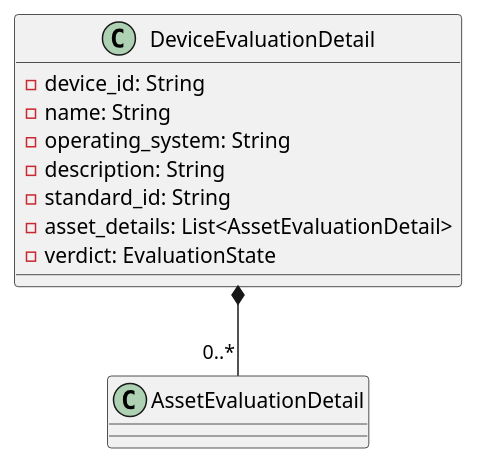
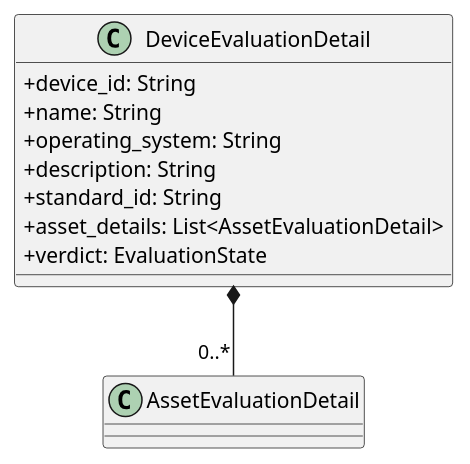
The diagram in src/PB/DocumentazioneEsterna/Specifica_Tecnica/content/uml/puml/Diagrammi_classi/Backend/Domain/DeviceEvaluationDetail.puml (GroupRubberDuck/Documentazione), drawn with PlantUML before and after one commit. The commit also changed 92 other files, not shown here.

Commit message:
revisionati asset e device evaluation detail

```diff
--- a/src/PB/DocumentazioneEsterna/Specifica_Tecnica/content/uml/puml/Diagrammi_classi/Backend/Domain/DeviceEvaluationDetail.puml
+++ b/src/PB/DocumentazioneEsterna/Specifica_Tecnica/content/uml/puml/Diagrammi_classi/Backend/Domain/DeviceEvaluationDetail.puml
@@ -1,15 +1,16 @@
 @startuml DeviceEvaluationDetail
+skinparam ClassAttributeIconSize 0
 
 class DeviceEvaluationDetail {
-    - device_id: String
-    - name: String
-    - operating_system: String
-    - description: String
-    - standard_id: String
-    - asset_details: List<AssetEvaluationDetail>
-    - verdict: EvaluationState
+    + device_id: String
+    + name: String
+    + operating_system: String
+    + description: String
+    + standard_id: String
+    + asset_details: List<AssetEvaluationDetail>
+    + verdict: EvaluationState
 }
 
 DeviceEvaluationDetail *--"0..*" AssetEvaluationDetail
 
 @enduml
```
